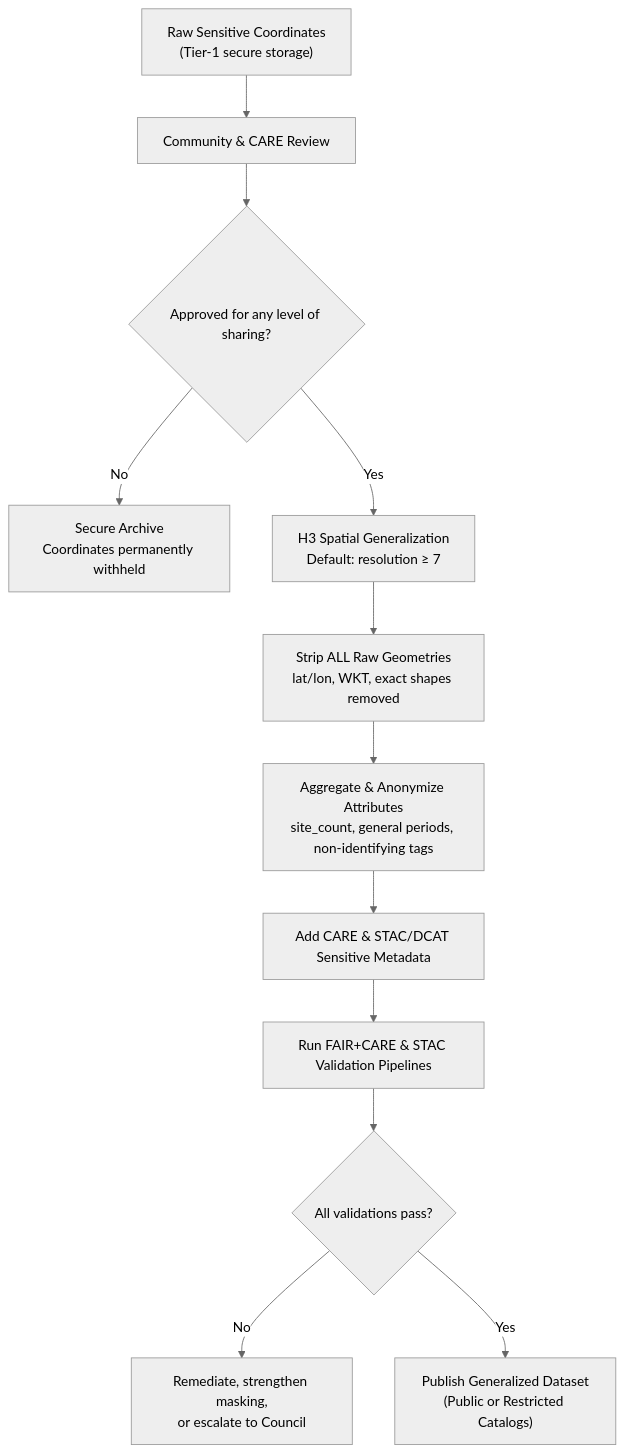
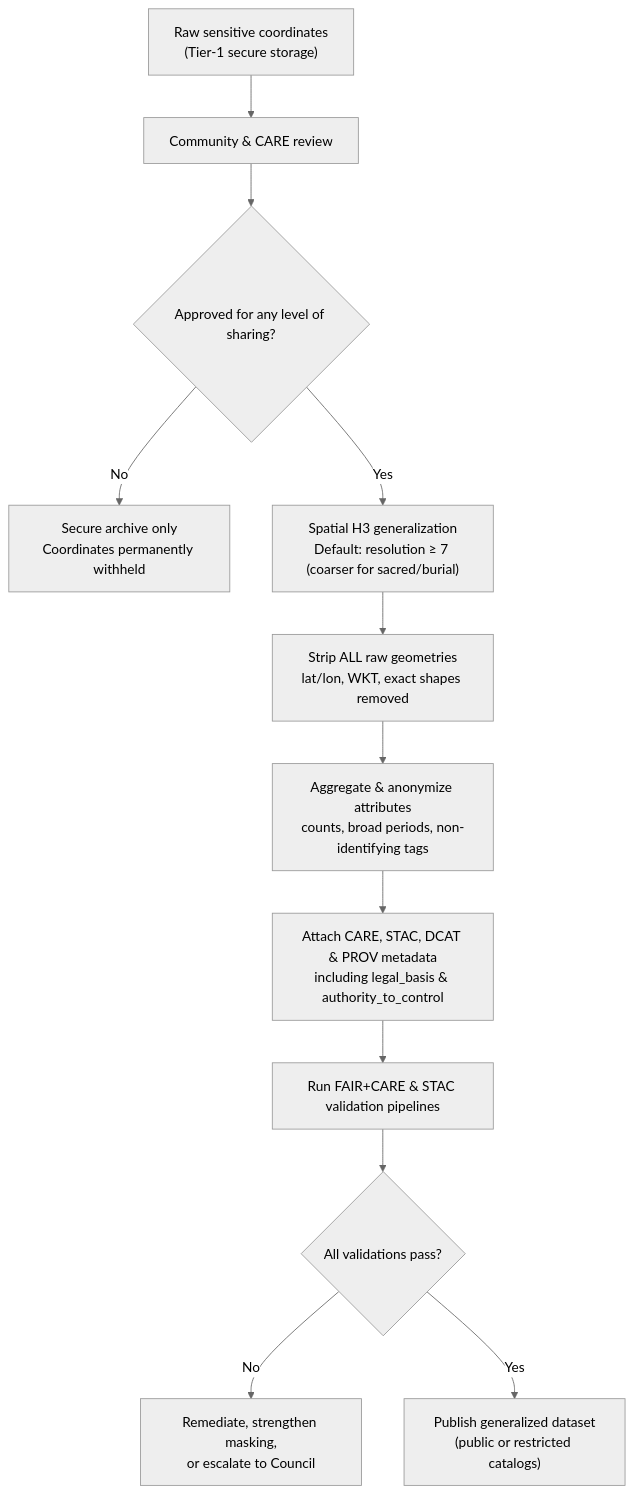
Before and after one commit to bartytime4life/Kansas-Frontier-Matrix: the diagram in docs/standards/data-generalization/README.md, drawn with Mermaid (neutral theme). The commit also changed other lines of this file, not shown here.

````diff
--- a/docs/standards/data-generalization/README.md
+++ b/docs/standards/data-generalization/README.md
@@ -234,14 +420,14 @@
 ```mermaid
 flowchart TD
-    A["Raw Sensitive Coordinates<br/>(Tier-1 secure storage)"] --> B["Community & CARE Review"]
+    A["Raw sensitive coordinates<br/>(Tier-1 secure storage)"] --> B["Community & CARE review"]
     B --> C{"Approved for any level of sharing?"}
-    C -->|No| X["Secure Archive<br/>Coordinates permanently withheld"]
-    C -->|Yes| D["H3 Spatial Generalization<br/>Default: resolution ≥ 7"]
-    D --> E["Strip ALL Raw Geometries<br/>lat/lon, WKT, exact shapes removed"]
-    E --> F["Aggregate & Anonymize Attributes<br/>site_count, general periods, non-identifying tags"]
-    F --> G["Add CARE & STAC/DCAT Sensitive Metadata"]
-    G --> H["Run FAIR+CARE & STAC Validation Pipelines"]
+    C -->|No| X["Secure archive only<br/>Coordinates permanently withheld"]
+    C -->|Yes| D["Spatial H3 generalization<br/>Default: resolution ≥ 7 (coarser for sacred/burial)"]
+    D --> E["Strip ALL raw geometries<br/>lat/lon, WKT, exact shapes removed"]
+    E --> F["Aggregate & anonymize attributes<br/>counts, broad periods, non-identifying tags"]
+    F --> G["Attach CARE, STAC, DCAT & PROV metadata<br/>including legal_basis & authority_to_control"]
+    G --> H["Run FAIR+CARE & STAC validation pipelines"]
     H --> I{"All validations pass?"}
     I -->|No| R["Remediate, strengthen masking,<br/>or escalate to Council"]
-    I -->|Yes| J["Publish Generalized Dataset<br/>(Public or Restricted Catalogs)"]
+    I -->|Yes| J["Publish generalized dataset<br/>(public or restricted catalogs)"]
 ```
````
